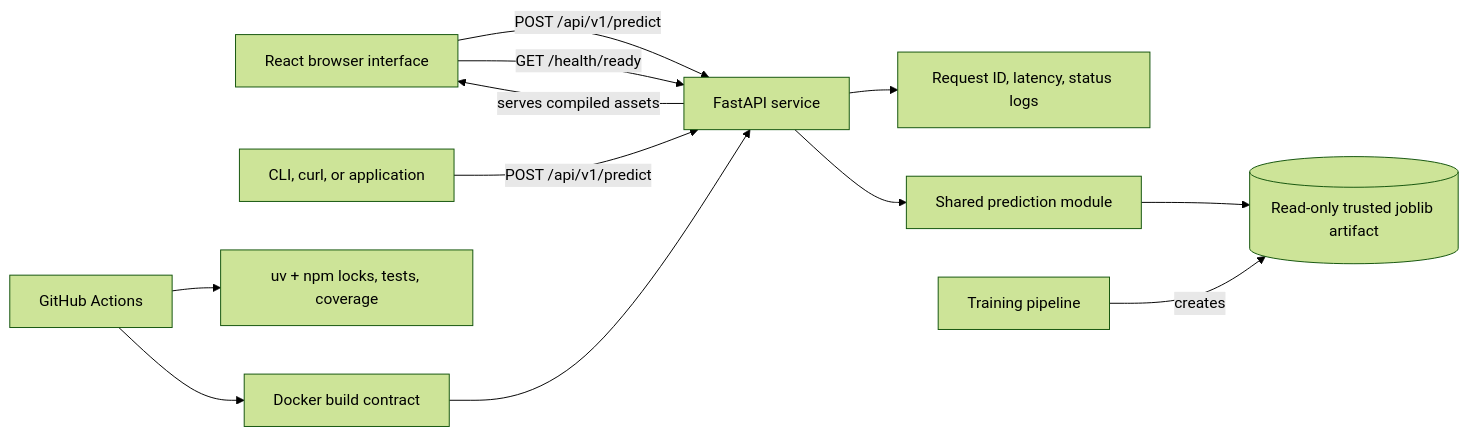
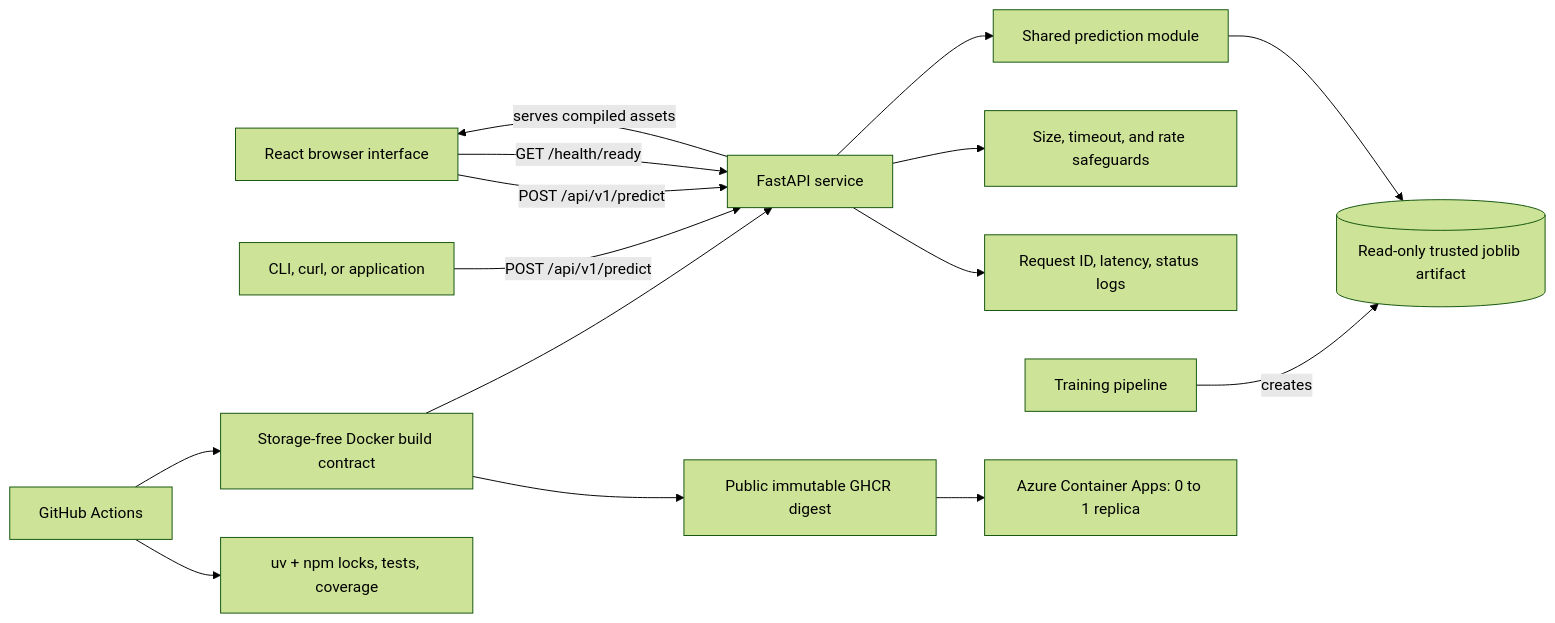
One commit to ErmisCho/sms-spam-detection-nlp changed the diagram in docs/architecture.md. Above: the diagram before and after it, drawn with Mermaid (forest theme). The commit also changed other lines of this file and 23 other files, not shown here.

Commit message:
Add free-tier-oriented Azure deployment (#8)

````diff
--- a/docs/architecture.md
+++ b/docs/architecture.md
@@ -5,14 +5,17 @@
 ```mermaid
 flowchart LR
     B[React browser interface] -->|POST /api/v1/predict| A[FastAPI service]
     C[CLI, curl, or application] -->|POST /api/v1/predict| A
     B -->|GET /health/ready| A
     A -->|serves compiled assets| B
     A --> O[Request ID, latency, status logs]
+    A --> R[Size, timeout, and rate safeguards]
     A --> P[Shared prediction module]
     P --> M[(Read-only trusted joblib artifact)]
     T[Training pipeline] -->|creates| M
     G[GitHub Actions] --> U[uv + npm locks, tests, coverage]
-    G --> D[Docker build contract]
+    G --> D[Storage-free Docker build contract]
+    D --> H[Public immutable GHCR digest]
+    H --> Z[Azure Container Apps: 0 to 1 replica]
     D --> A
 ```
````
